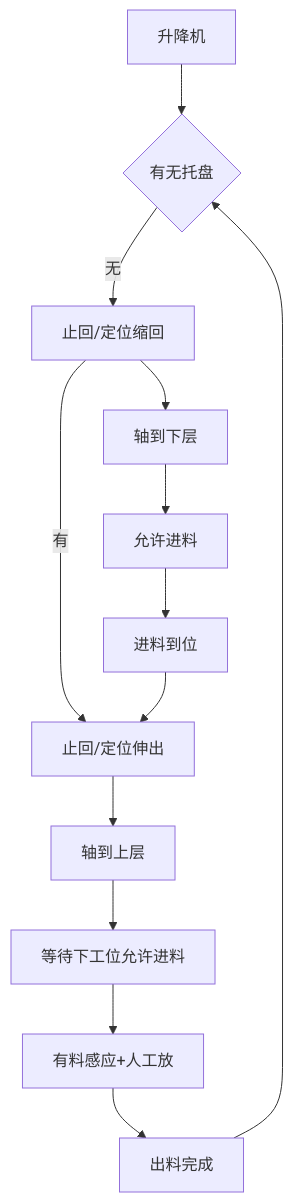
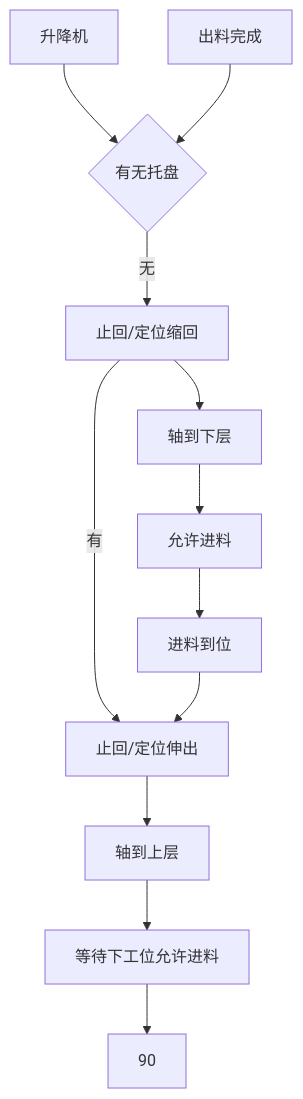
One commit to PengKun1/iodraw-files changed the diagram in all/升降台.md. Above: the diagram before and after it, drawn with Mermaid.

Commit message:
2024-12-23 10:24:14 update

````diff
--- a/all/升降台.md
+++ b/all/升降台.md
@@ -1,15 +1,15 @@
 ```mermaid
 graph TD
 0[升降机]-->10
 10{有无托盘}-->|无|20
 20-->|有|60
 20[止回/定位缩回]-->30
 30[轴到下层]-->40
 40[允许进料]-->50
 50[进料到位]-->60
 60[止回/定位伸出]-->70
 70[轴到上层]-->80
 80[等待下工位允许进料]-->90
-90[有料感应+人工放]-->100
+
 100[出料完成]-->10
 ```
````
